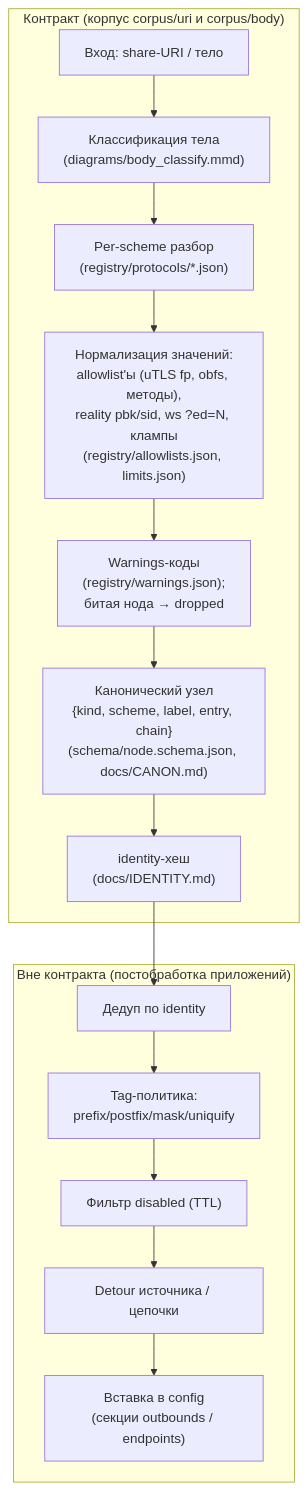
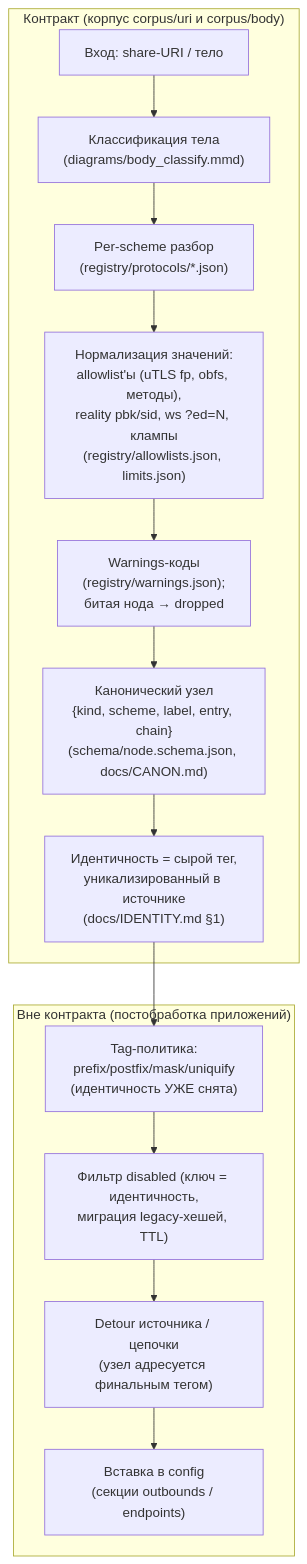
The diagram in contract/diagrams/parse_pipeline.mmd (Leadaxe/singbox-launcher), drawn with Mermaid before and after one commit. The commit also changed 53 other files, not shown here.

```diff
--- a/contract/diagrams/parse_pipeline.mmd
+++ b/contract/diagrams/parse_pipeline.mmd
@@ -1,31 +1,34 @@
 %% Нормативный пайплайн разбора: тело/URI → канонические узлы (SPEC 103).
 %% Стадии «вне контракта» — постобработка приложений, корпусом не покрываются
 %% (нативные тесты + фикстуры backup для переносимого).
 flowchart TD
   subgraph contract["Контракт (корпус corpus/uri и corpus/body)"]
     A["Вход: share-URI / тело"] --> C["Классификация тела
 (diagrams/body_classify.mmd)"]
     C --> P["Per-scheme разбор
 (registry/protocols/*.json)"]
     P --> N["Нормализация значений:
 allowlist'ы (uTLS fp, obfs, методы),
 reality pbk/sid, ws ?ed=N, клампы
 (registry/allowlists.json, limits.json)"]
     N --> W["Warnings-коды
 (registry/warnings.json);
 битая нода → dropped"]
     W --> CE["Канонический узел
 {kind, scheme, label, entry, chain}
 (schema/node.schema.json, docs/CANON.md)"]
-    CE --> IH["identity-хеш
-(docs/IDENTITY.md)"]
+    CE --> IH["Идентичность = сырой тег,
+уникализированный в источнике
+(docs/IDENTITY.md §1)"]
   end
   subgraph app["Вне контракта (постобработка приложений)"]
-    IH --> DD["Дедуп по identity"]
-    DD --> TG["Tag-политика:
-prefix/postfix/mask/uniquify"]
-    TG --> DIS["Фильтр disabled (TTL)"]
-    DIS --> DET["Detour источника / цепочки"]
+    IH --> TG["Tag-политика:
+prefix/postfix/mask/uniquify
+(идентичность УЖЕ снята)"]
+    TG --> DIS["Фильтр disabled (ключ = идентичность,
+миграция legacy-хешей, TTL)"]
+    DIS --> DET["Detour источника / цепочки
+(узел адресуется финальным тегом)"]
     DET --> OUT["Вставка в config
 (секции outbounds / endpoints)"]
   end
```
